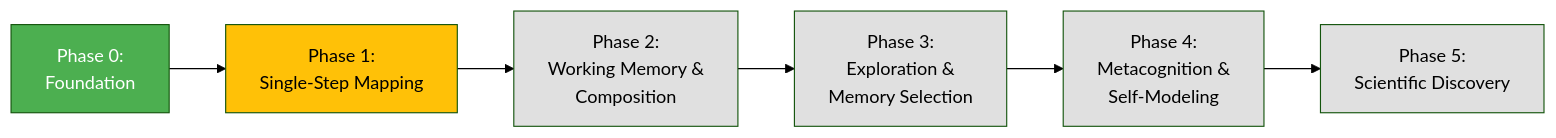
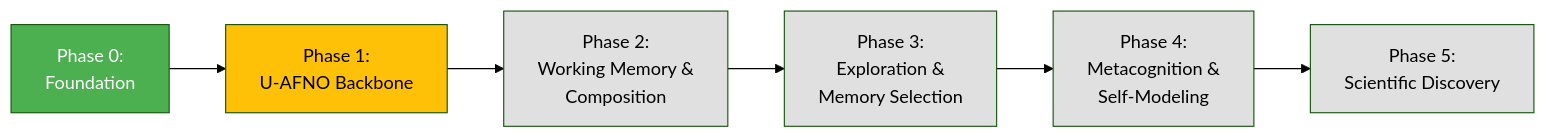
Before and after one commit to dgabriele/spinlock: the diagram in docs/noa-roadmap.md, drawn with Mermaid (forest theme). The commit also changed other lines of this file and 4 other files, not shown here.

````diff
--- a/docs/noa-roadmap.md
+++ b/docs/noa-roadmap.md
@@ -9,22 +9,22 @@
 ```mermaid
 flowchart LR
     Phase0[Phase 0:<br/>Foundation]
-    Phase1[Phase 1:<br/>Single-Step Mapping]
+    Phase1[Phase 1:<br/>U-AFNO Backbone]
     Phase2[Phase 2:<br/>Working Memory &<br/>Composition]
     Phase3[Phase 3:<br/>Exploration &<br/>Memory Selection]
     Phase4[Phase 4:<br/>Metacognition &<br/>Self-Modeling]
     Phase5[Phase 5:<br/>Scientific Discovery]
 
     Phase0 --> Phase1
     Phase1 --> Phase2
     Phase2 --> Phase3
     Phase3 --> Phase4
     Phase4 --> Phase5
 
     style Phase0 fill:#4CAF50,color:#fff
     style Phase1 fill:#FFC107,color:#000
     style Phase2 fill:#e0e0e0,color:#000
     style Phase3 fill:#e0e0e0,color:#000
     style Phase4 fill:#e0e0e0,color:#000
     style Phase5 fill:#e0e0e0,color:#000
 ```
````
